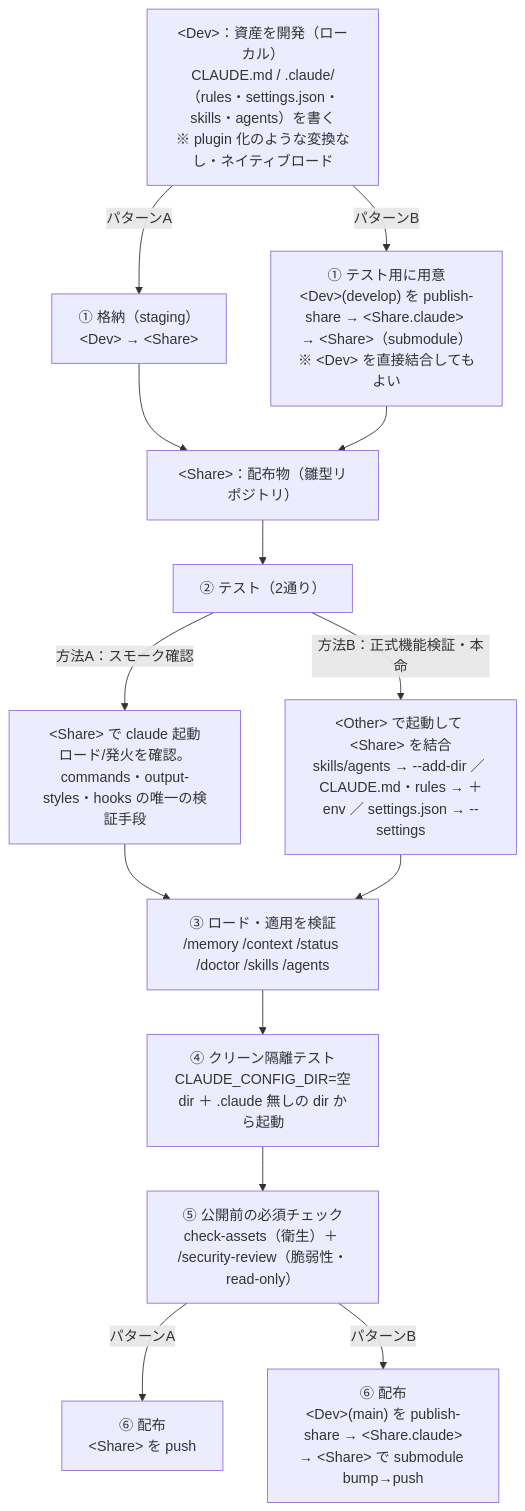
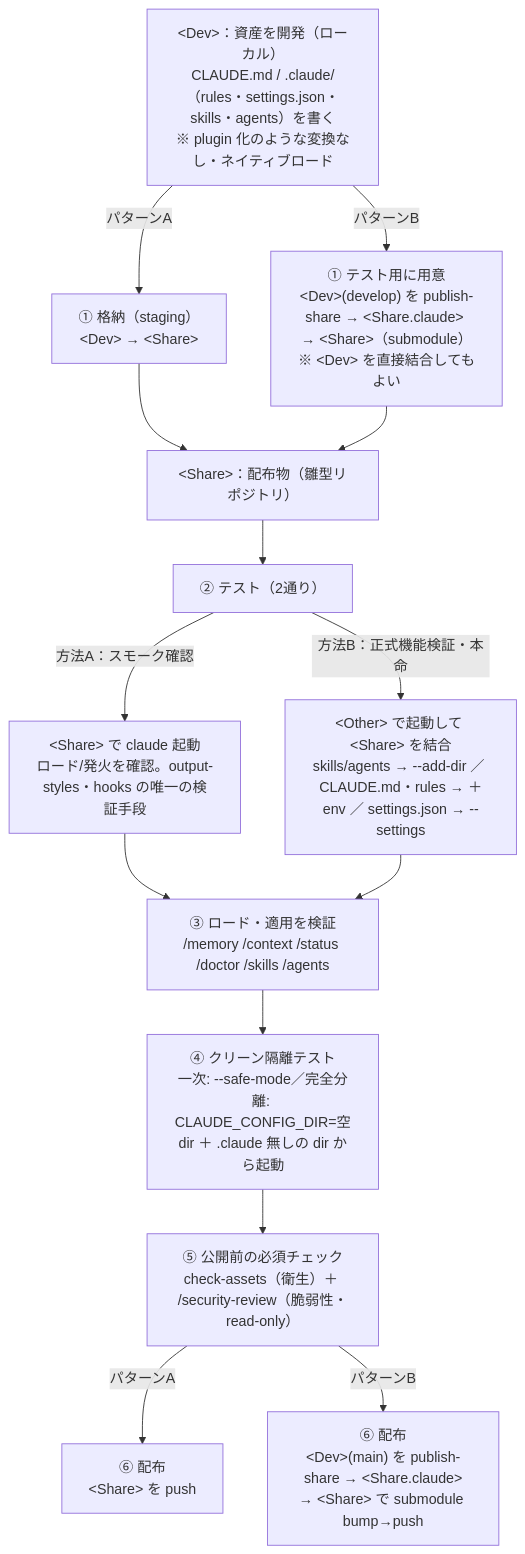
The first of 2 diagrams in claude-dir-sharing-governance/reports/02.配布物の開発・テスト/02.Marketplace外資産編/Marketplace外資産_開発・テスト_手順書.md (empty-can/cc-relative-info), drawn with Mermaid before and after one commit. The commit also changed other lines of this file and 13 other files, not shown here.

````diff
--- a/claude-dir-sharing-governance/reports/02.配布物の開発・テスト/02.Marketplace外資産編/Marketplace外資産_開発・テスト_手順書.md
+++ b/claude-dir-sharing-governance/reports/02.配布物の開発・テスト/02.Marketplace外資産編/Marketplace外資産_開発・テスト_手順書.md
@@ -14,20 +14,20 @@
 ```mermaid
 flowchart TD
     Dev["&lt;Dev&gt;：資産を開発（ローカル）<br/>CLAUDE.md / .claude/（rules・settings.json・skills・agents）を書く<br/>※ plugin 化のような変換なし・ネイティブロード"]
 
     Dev -->|パターンA| A1["① 格納（staging）<br/>&lt;Dev&gt; → &lt;Share&gt;"]
     Dev -->|パターンB| B1["① テスト用に用意<br/>&lt;Dev&gt;(develop) を publish-share → &lt;Share.claude&gt; → &lt;Share&gt;（submodule）<br/>※ &lt;Dev&gt; を直接結合してもよい"]
     A1 --> Share["&lt;Share&gt;：配布物（雛型リポジトリ）"]
     B1 --> Share
 
     Share --> Test["② テスト（2通り）"]
-    Test -->|方法A：スモーク確認| MA["&lt;Share&gt; で claude 起動<br/>ロード/発火を確認。commands・output-styles・hooks の唯一の検証手段"]
+    Test -->|方法A：スモーク確認| MA["&lt;Share&gt; で claude 起動<br/>ロード/発火を確認。output-styles・hooks の唯一の検証手段"]
     Test -->|方法B：正式機能検証・本命| MB["&lt;Other&gt; で起動して &lt;Share&gt; を結合<br/>skills/agents → --add-dir ／ CLAUDE.md・rules → ＋env ／ settings.json → --settings"]
     MA --> Verify["③ ロード・適用を検証<br/>/memory /context /status /doctor /skills /agents"]
     MB --> Verify
-    Verify --> Clean["④ クリーン隔離テスト<br/>CLAUDE_CONFIG_DIR=空dir ＋ .claude 無しの dir から起動"]
+    Verify --> Clean["④ クリーン隔離テスト<br/>一次: --safe-mode／完全分離: CLAUDE_CONFIG_DIR=空dir ＋ .claude 無しの dir から起動"]
     Clean --> Gate["⑤ 公開前の必須チェック<br/>check-assets（衛生）＋ /security-review（脆弱性・read-only）"]
 
     Gate -->|パターンA| A6["⑥ 配布<br/>&lt;Share&gt; を push"]
     Gate -->|パターンB| B6["⑥ 配布<br/>&lt;Dev&gt;(main) を publish-share → &lt;Share.claude&gt;<br/>→ &lt;Share&gt; で submodule bump→push"]
 ```
````
